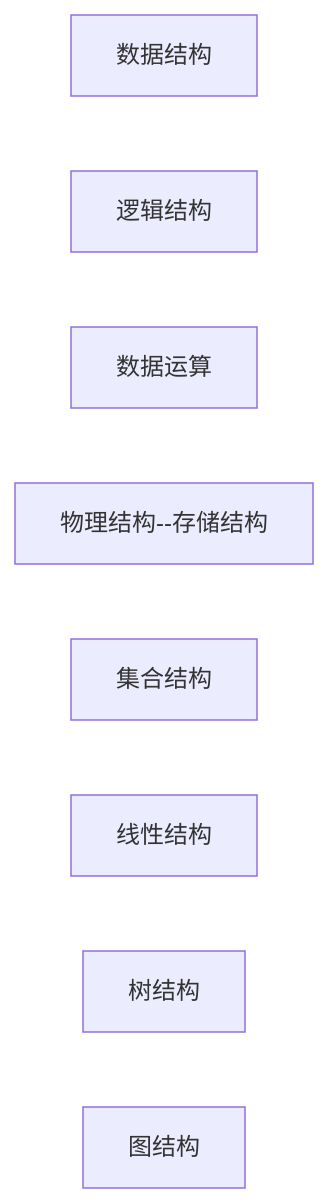
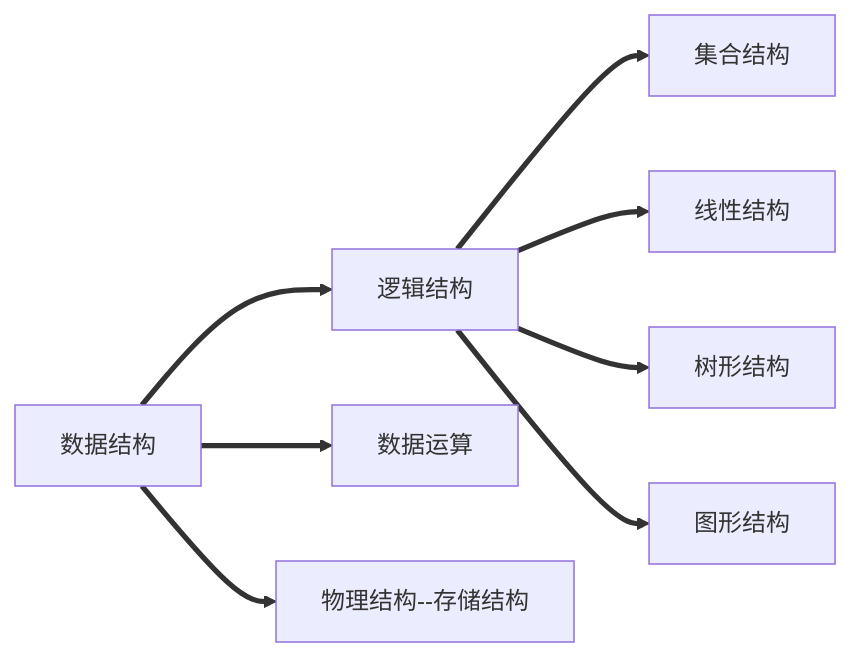
The diagram in learn/408/数据结构/数据结构的三要素.md (MW-S/markdown), drawn with Mermaid before and after one commit. The commit also changed other lines of this file, not shown here.

Commit message:
learn/408/数据结构/数据结构的三要素.md updated from https://stackedit.io/

````diff
--- a/learn/408/数据结构/数据结构的三要素.md
+++ b/learn/408/数据结构/数据结构的三要素.md
@@ -2,11 +2,18 @@
 ```mermaid
 graph LR
 A[数据结构]
 B[逻辑结构]
 C[数据运算]
 D[物理结构--存储结构]
 B1[集合结构]
 B2[线性结构]
-B3[树结构]
-B4[图结构]
+B3[树形结构]
+B4[图形结构]
+A==>B
+A==>C
+A==>D
+B==>B1
+B==>B2
+B==>B3
+B==>B4
 ```
````
